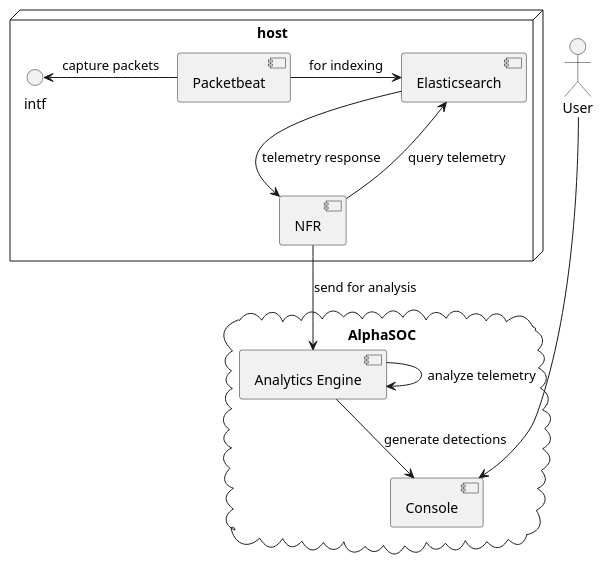
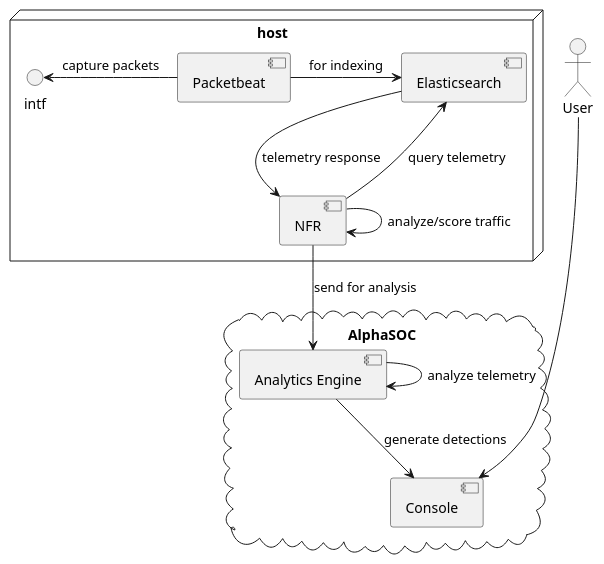
One commit to alphasoc/asoc-elastic changed the diagram in assets/arch.plantuml. Above: the diagram before and after it, drawn with PlantUML. The commit also changed 4 other files, not shown here.

```diff
--- a/assets/arch.plantuml
+++ b/assets/arch.plantuml
@@ -1,19 +1,20 @@
 @startuml
 node "host" {
   () "intf" <- [Packetbeat] : capture packets
   [Packetbeat] -> [Elasticsearch] : for indexing
   [NFR] -> [Elasticsearch] : query telemetry
   [Elasticsearch] --> [NFR] : telemetry response
+  [NFR] -> [NFR] : analyze/score traffic
 }
 
 cloud "AlphaSOC" {
   [Analytics Engine]
   [Console]
 }
 
 :User: ----> [Console]
 
 [NFR] --> [Analytics Engine] : send for analysis
 [Analytics Engine] --> [Analytics Engine] : analyze telemetry
 [Analytics Engine] --> [Console] : generate detections
 @enduml
```
